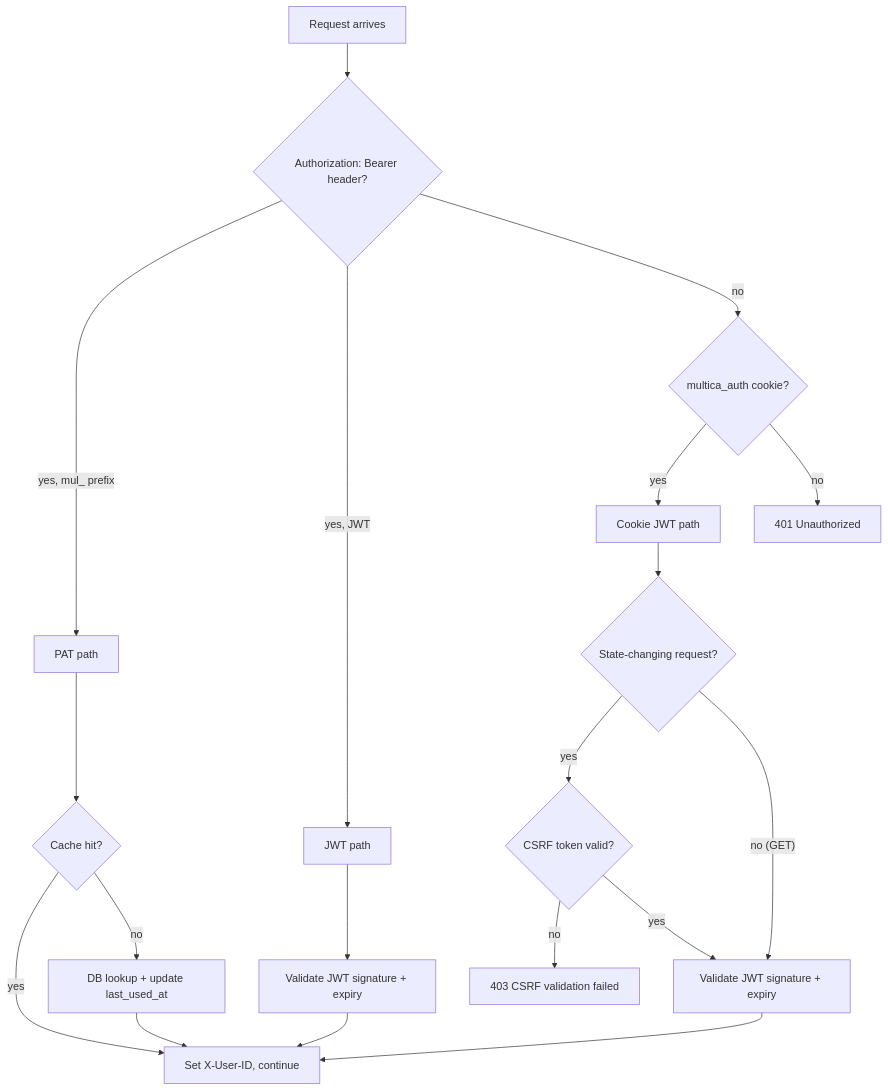
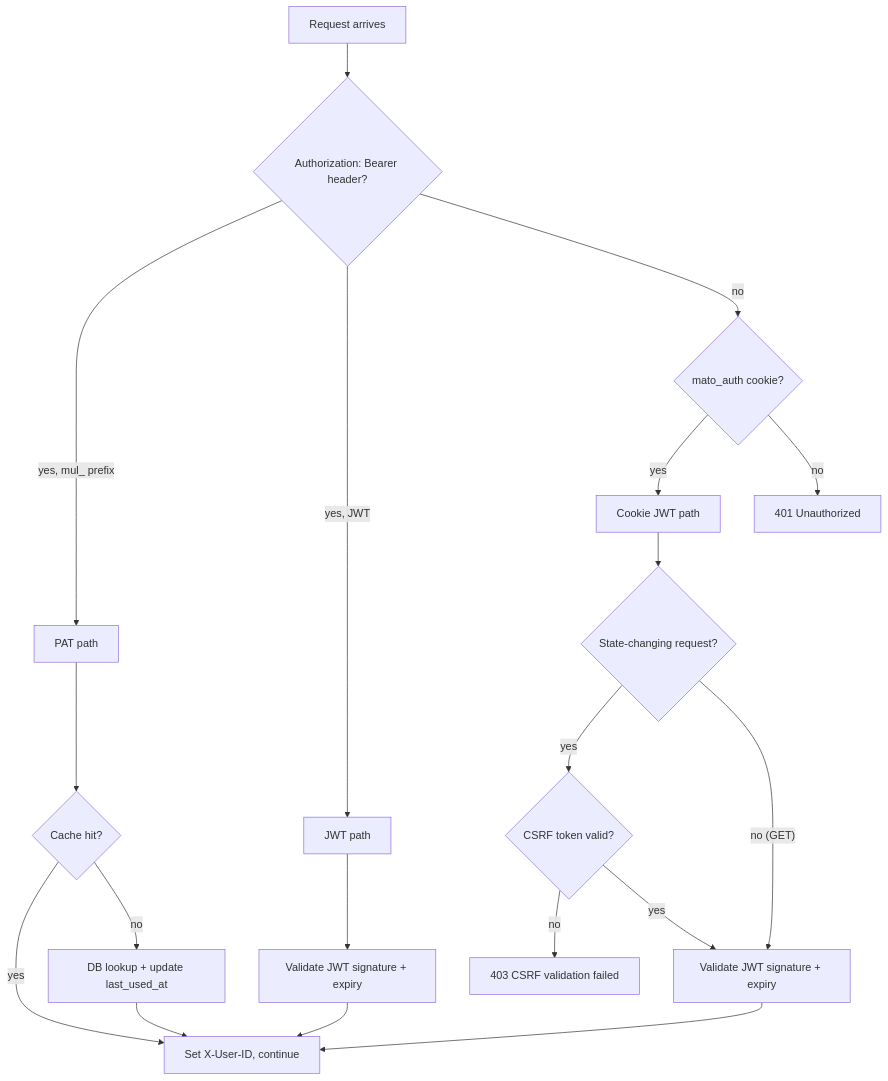
One commit to JCB-5280/multica-jcb changed the second of 2 diagrams in knowledge-base/backend/05-authentication-access-control.md. Above: the diagram before and after it, drawn with Mermaid. The commit also changed other lines of this file and 836 other files, not shown here.

First line of the commit message:
feat: update branding from Multica to MATO

````diff
--- a/knowledge-base/backend/05-authentication-access-control.md
+++ b/knowledge-base/backend/05-authentication-access-control.md
@@ -132,24 +132,24 @@
 ```mermaid
 flowchart TD
     A["Request arrives"] --> B{"Authorization: Bearer header?"}
     B -- "yes, mul_ prefix" --> C["PAT path"]
     B -- "yes, JWT" --> D["JWT path"]
-    B -- "no" --> E{"multica_auth cookie?"}
+    B -- "no" --> E{"mato_auth cookie?"}
     E -- "yes" --> F["Cookie JWT path"]
     E -- "no" --> G["401 Unauthorized"]
     
     C --> C1{"Cache hit?"}
     C1 -- "yes" --> H["Set X-User-ID, continue"]
     C1 -- "no" --> C2["DB lookup + update last_used_at"]
     C2 --> H
     
     D --> D1["Validate JWT signature + expiry"]
     D1 --> H
     
     F --> F1{"State-changing request?"}
     F1 -- "yes" --> F2{"CSRF token valid?"}
     F2 -- "no" --> G2["403 CSRF validation failed"]
     F2 -- "yes" --> F3["Validate JWT signature + expiry"]
     F1 -- "no (GET)" --> F3
     F3 --> H
 ```
````
